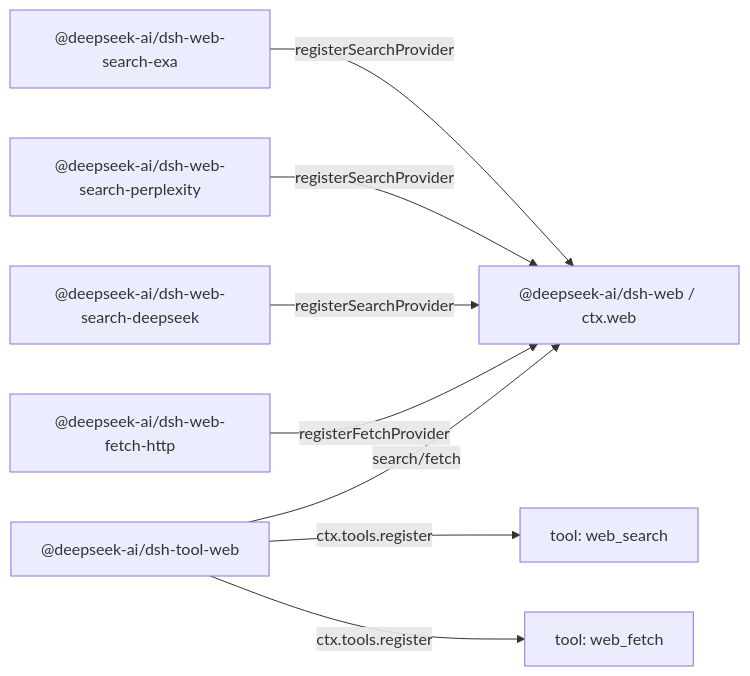
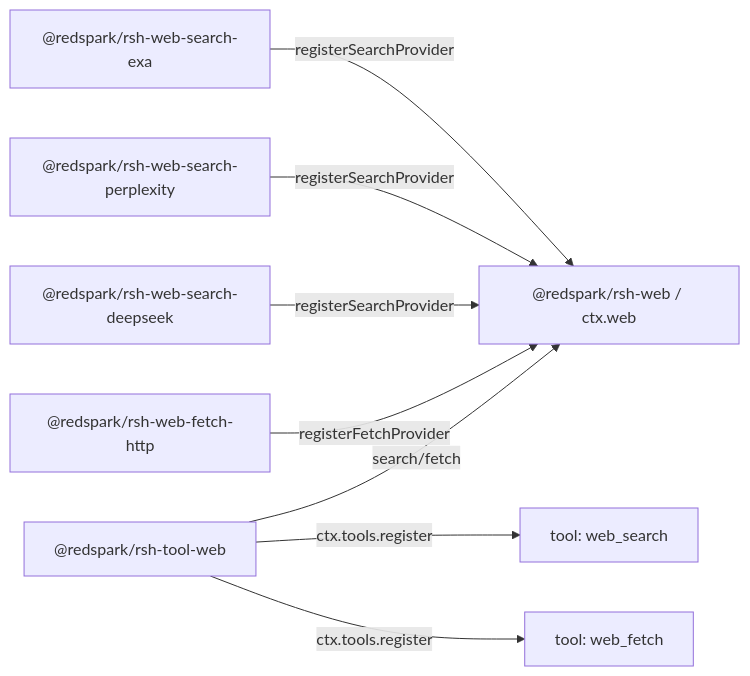
Before and after one commit to Little-Red-Cre-Org/RedSparkHarness: the diagram in .agents/notes/implemented/architecture/2026-06-24-web-capability-seam.md, drawn with Mermaid. The commit also changed other lines of this file and 6089 other files, not shown here.

````diff
--- a/.agents/notes/implemented/architecture/2026-06-24-web-capability-seam.md
+++ b/.agents/notes/implemented/architecture/2026-06-24-web-capability-seam.md
@@ -58,10 +58,10 @@
 ```mermaid
 flowchart LR
-  exa["@deepseek-ai/dsh-web-search-exa"] -->|registerSearchProvider| web["@deepseek-ai/dsh-web / ctx.web"]
-  perplexity["@deepseek-ai/dsh-web-search-perplexity"] -->|registerSearchProvider| web
-  deepseek["@deepseek-ai/dsh-web-search-deepseek"] -->|registerSearchProvider| web
-  fetchLocal["@deepseek-ai/dsh-web-fetch-http"] -->|registerFetchProvider| web
-  toolWeb["@deepseek-ai/dsh-tool-web"] -->|search/fetch| web
+  exa["@redspark/rsh-web-search-exa"] -->|registerSearchProvider| web["@redspark/rsh-web / ctx.web"]
+  perplexity["@redspark/rsh-web-search-perplexity"] -->|registerSearchProvider| web
+  deepseek["@redspark/rsh-web-search-deepseek"] -->|registerSearchProvider| web
+  fetchLocal["@redspark/rsh-web-fetch-http"] -->|registerFetchProvider| web
+  toolWeb["@redspark/rsh-tool-web"] -->|search/fetch| web
   toolWeb -->|ctx.tools.register| webSearch["tool: web_search"]
   toolWeb -->|ctx.tools.register| webFetch["tool: web_fetch"]
 ```
````
